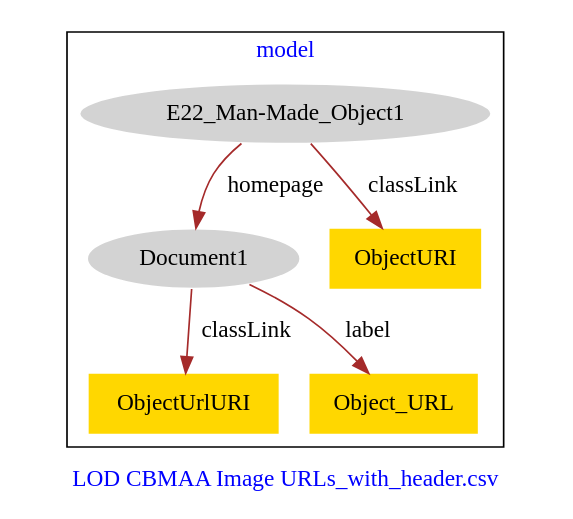
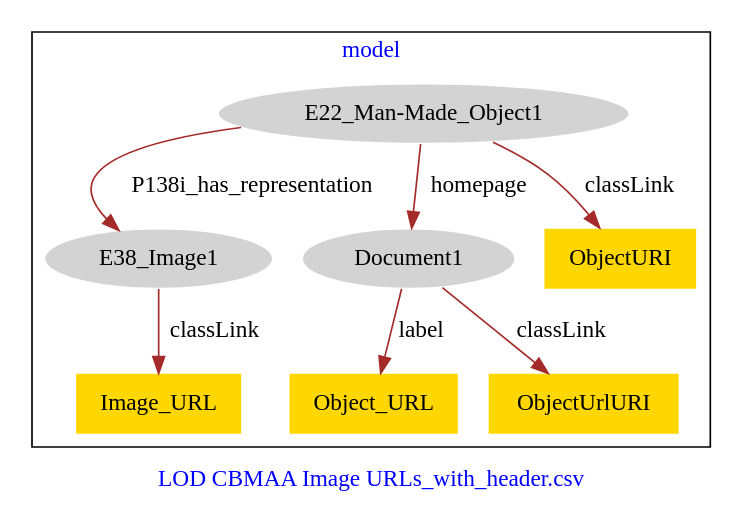
The diagram in CBMAA_URLs/CBMAA_URLs-model.dot (american-art/cbm), drawn with Graphviz before and after one commit.

Commit message:
Update file CBMAA_URLs-model.dot

```diff
--- a/CBMAA_URLs/CBMAA_URLs-model.dot
+++ b/CBMAA_URLs/CBMAA_URLs-model.dot
@@ -1,17 +1,21 @@
 digraph n0 {
 fontcolor="blue"
 remincross="true"
 label="LOD CBMAA Image URLs_with_header.csv"
 subgraph cluster {
 label="model"
 n2[style="filled",color="white",fillcolor="lightgray",label="E22_Man-Made_Object1"];
-n3[style="filled",color="white",fillcolor="lightgray",label="Document1"];
-n4[shape="plaintext",style="filled",fillcolor="gold",label="ObjectUrlURI"];
-n5[shape="plaintext",style="filled",fillcolor="gold",label="Object_URL"];
-n6[shape="plaintext",style="filled",fillcolor="gold",label="ObjectURI"];
+n3[style="filled",color="white",fillcolor="lightgray",label="E38_Image1"];
+n4[style="filled",color="white",fillcolor="lightgray",label="Document1"];
+n5[shape="plaintext",style="filled",fillcolor="gold",label="ObjectURI"];
+n6[shape="plaintext",style="filled",fillcolor="gold",label="Object_URL"];
+n7[shape="plaintext",style="filled",fillcolor="gold",label="Image_URL"];
+n8[shape="plaintext",style="filled",fillcolor="gold",label="ObjectUrlURI"];
 }
-n2 -> n3[color="brown",fontcolor="black",label="homepage"]
-n3 -> n4[color="brown",fontcolor="black",label="classLink"]
-n3 -> n5[color="brown",fontcolor="black",label="label"]
-n2 -> n6[color="brown",fontcolor="black",label="classLink"]
+n2 -> n3[color="brown",fontcolor="black",label="P138i_has_representation"]
+n2 -> n4[color="brown",fontcolor="black",label="homepage"]
+n2 -> n5[color="brown",fontcolor="black",label="classLink"]
+n4 -> n6[color="brown",fontcolor="black",label="label"]
+n3 -> n7[color="brown",fontcolor="black",label="classLink"]
+n4 -> n8[color="brown",fontcolor="black",label="classLink"]
 }
```
